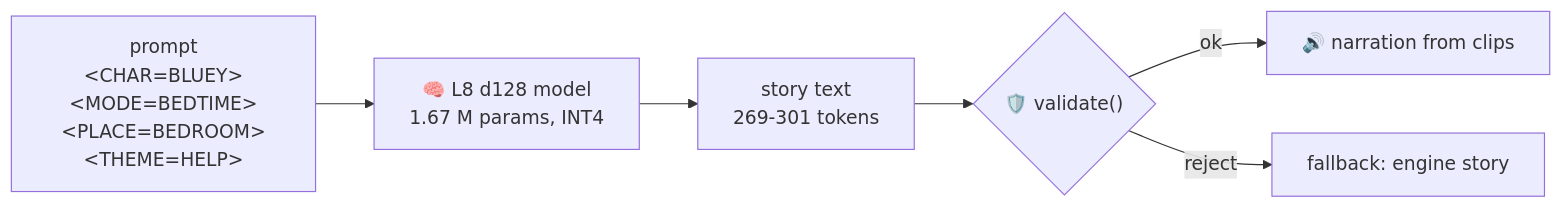
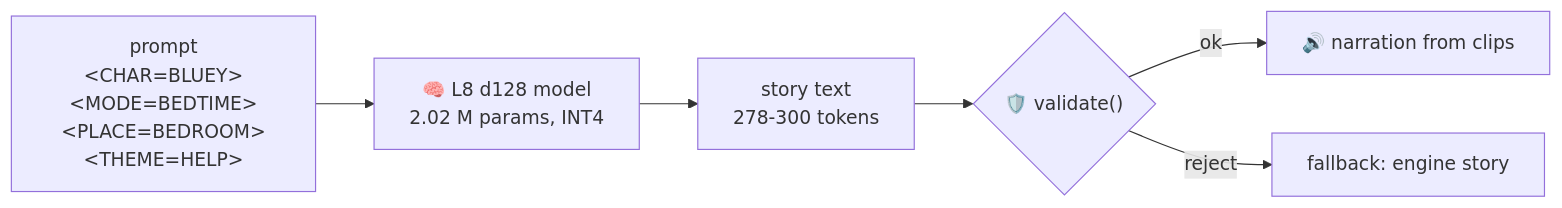
One commit to hariharaprasadr/storylm changed the first of 3 diagrams in docs/tiny_model.md. Above: the diagram before and after it, drawn with Mermaid. The commit also changed other lines of this file and 5 other files, not shown here.

````diff
--- a/docs/tiny_model.md
+++ b/docs/tiny_model.md
@@ -19,8 +19,8 @@
 ```mermaid
 flowchart LR
-    P["prompt<br/>&lt;CHAR=BLUEY&gt;&lt;MODE=BEDTIME&gt;<br/>&lt;PLACE=BEDROOM&gt;&lt;THEME=HELP&gt;"] --> M["🧠 L8 d128 model<br/>1.67 M params, INT4"]
-    M --> S["story text<br/>269-301 tokens"]
+    P["prompt<br/>&lt;CHAR=BLUEY&gt;&lt;MODE=BEDTIME&gt;<br/>&lt;PLACE=BEDROOM&gt;&lt;THEME=HELP&gt;"] --> M["🧠 L8 d128 model<br/>2.02 M params, INT4"]
+    M --> S["story text<br/>278-300 tokens"]
     S --> V{"🛡️ validate()"}
     V -->|ok| N["🔊 narration from clips"]
     V -->|reject| F["fallback: engine story"]
 ```
````
